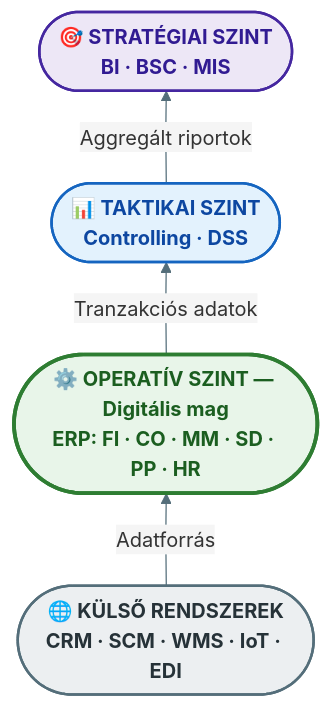
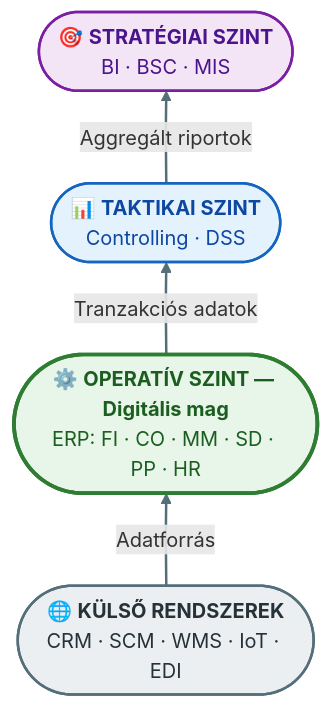
The second of 2 diagrams in Tételek/V12-GMXIV2MBLF-ERP fogalma és fejlődéstörténete.tétel.md (denespocsik/MM_BSC_Zarovizsga), drawn with Mermaid before and after one commit. The commit also changed other lines of this file and 34 other files, not shown here.

First line of the commit message:
style(tételek): egységes vizuális arculat a Mermaid-diagramokhoz

````diff
--- a/Tételek/V12-GMXIV2MBLF-ERP fogalma és fejlődéstörténete.tétel.md
+++ b/Tételek/V12-GMXIV2MBLF-ERP fogalma és fejlődéstörténete.tétel.md
@@ -62,17 +62,18 @@
 ```mermaid
-%%{init: {'theme': 'base', 'themeVariables': {'primaryColor': '#E3F2FD', 'primaryBorderColor': '#1565C0', 'lineColor': '#546E7A', 'edgeLabelBackground': '#F5F5F5'}}}%%
 flowchart BT
-    classDef external  fill:#ECEFF1,stroke:#546E7A,stroke-width:2px,color:#263238,font-weight:bold
-    classDef operative fill:#E8F5E9,stroke:#2E7D32,stroke-width:3px,color:#1B5E20,font-weight:bold
-    classDef tactical  fill:#E3F2FD,stroke:#1565C0,stroke-width:2px,color:#0D47A1,font-weight:bold
-    classDef strategic fill:#EDE7F6,stroke:#4527A0,stroke-width:2px,color:#311B92,font-weight:bold
-
-    K(["🌐 KÜLSŐ RENDSZEREK\nCRM · SCM · WMS · IoT · EDI"]):::external
-    O(["⚙️ OPERATÍV SZINT — Digitális mag\nERP: FI · CO · MM · SD · PP · HR"]):::operative
-    T(["📊 TAKTIKAI SZINT\nControlling · DSS"]):::tactical
-    S(["🎯 STRATÉGIAI SZINT\nBI · BSC · MIS"]):::strategic
+    K(["🌐 <b>KÜLSŐ RENDSZEREK</b><br/>CRM · SCM · WMS · IoT · EDI"]):::szurke
+    O(["⚙️ <b>OPERATÍV SZINT — Digitális mag</b><br/>ERP: FI · CO · MM · SD · PP · HR"]):::zoldH
+    T(["📊 <b>TAKTIKAI SZINT</b><br/>Controlling · DSS"]):::kek
+    S(["🎯 <b>STRATÉGIAI SZINT</b><br/>BI · BSC · MIS"]):::lila
 
     K -->|"Adatforrás"| O
     O -->|"Tranzakciós adatok"| T
     T -->|"Aggregált riportok"| S
+
+    classDef kek    fill:#e3f2fd,stroke:#1565c0,stroke-width:2px,color:#0d47a1,rx:10,ry:10;
+    classDef zoldH  fill:#e8f5e9,stroke:#2e7d32,stroke-width:3px,color:#1b5e20,rx:10,ry:10;
+    classDef lila   fill:#f3e5f5,stroke:#7b1fa2,stroke-width:2px,color:#4a148c,rx:10,ry:10;
+    classDef szurke fill:#eceff1,stroke:#546e7a,stroke-width:2px,color:#263238,rx:10,ry:10;
+
+    linkStyle default stroke:#546e7a,stroke-width:2px;
 ```
````
